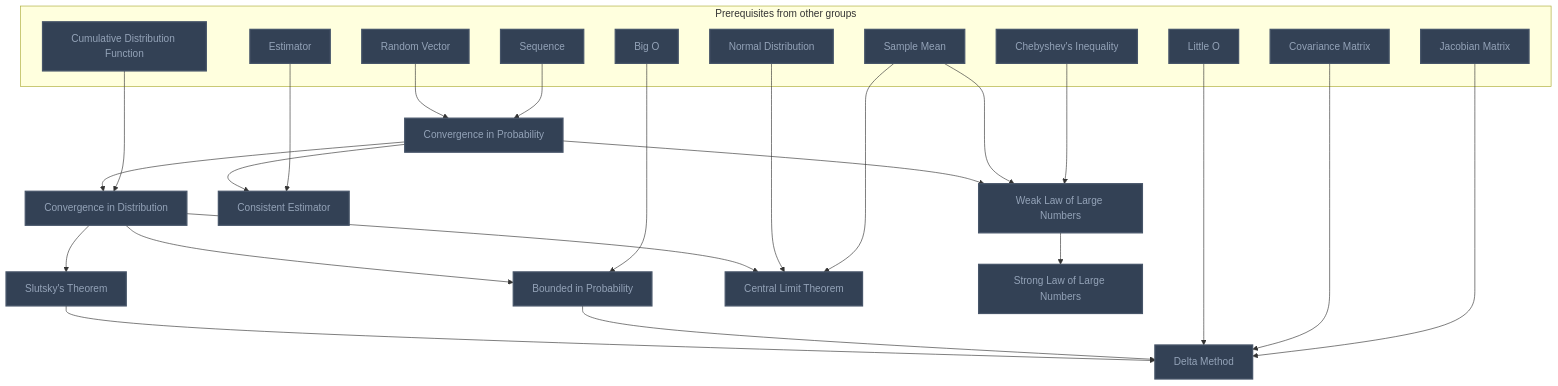
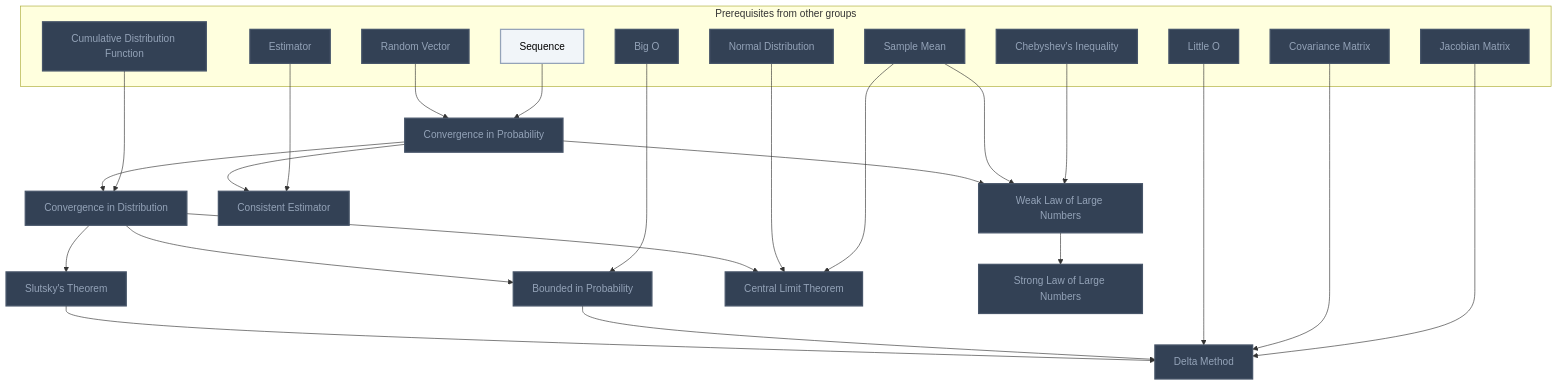
The fifth of 17 diagrams in Gamification/Skill Trees/Mathematical Statistics.md (MRauf1/My-Notes), drawn with Mermaid before and after one commit. The commit also changed other lines of this file and 156 other files, not shown here.

````diff
--- a/Gamification/Skill Trees/Mathematical Statistics.md
+++ b/Gamification/Skill Trees/Mathematical Statistics.md
@@ -687,57 +690,58 @@
 ```mermaid
 flowchart TD
     classDef planned fill:#1E293B,stroke:#64748B,stroke-width:2px,stroke-dasharray:5 5,color:#94A3B8;
     classDef locked fill:#334155,stroke:#475569,stroke-width:2px,color:#94A3B8;
     classDef L0 fill:#F1F5F9,stroke:#94A3B8,stroke-width:2px,color:#000000;
     classDef L1 fill:#22C55E,stroke:#15803D,stroke-width:2px,color:#000000;
     classDef L2 fill:#3B82F6,stroke:#1D4ED8,stroke-width:3px,color:#FFFFFF;
     classDef L3 fill:#A855F7,stroke:#6B21A8,stroke-width:3px,color:#FFFFFF,font-weight:bold;
     classDef L4 fill:#F97316,stroke:#C2410C,stroke-width:4px,color:#000000,font-weight:bold;
     classDef L5 fill:#FFD700,stroke:#FF8C00,stroke-width:5px,color:#000000,font-weight:bold;
     classDef rusty stroke:#8B4513,stroke-width:4px,stroke-dasharray:3 3;
     subgraph sg_prereqs["Prerequisites from other groups"]
         n_sequence["Sequence"]
         n_random_vector["Random Vector"]
         n_chebyshev_s_inequality["Chebyshev's Inequality"]
         n_sample_mean["Sample Mean"]
         n_estimator["Estimator"]
         n_cumulative_distribution_function["Cumulative Distribution Function"]
         n_big_o["Big O"]
         n_jacobian_matrix["Jacobian Matrix"]
         n_covariance_matrix["Covariance Matrix"]
         n_little_o["Little O"]
         n_normal_distribution["Normal Distribution"]
     end
     n_convergence_in_probability["Convergence in Probability"]
     n_weak_law_of_large_numbers["Weak Law of Large Numbers"]
     n_consistent_estimator["Consistent Estimator"]
     n_convergence_in_distribution["Convergence in Distribution"]
     n_bounded_in_probability["Bounded in Probability"]
     n_slutsky_s_theorem["Slutsky's Theorem"]
     n_delta_method["Delta Method"]
     n_central_limit_theorem["Central Limit Theorem"]
     n_strong_law_of_large_numbers["Strong Law of Large Numbers"]
     n_sequence --> n_convergence_in_probability
     n_random_vector --> n_convergence_in_probability
     n_chebyshev_s_inequality --> n_weak_law_of_large_numbers
     n_sample_mean --> n_weak_law_of_large_numbers
     n_convergence_in_probability --> n_weak_law_of_large_numbers
     n_estimator --> n_consistent_estimator
     n_convergence_in_probability --> n_consistent_estimator
     n_cumulative_distribution_function --> n_convergence_in_distribution
     n_convergence_in_probability --> n_convergence_in_distribution
     n_big_o --> n_bounded_in_probability
     n_convergence_in_distribution --> n_bounded_in_probability
     n_convergence_in_distribution --> n_slutsky_s_theorem
     n_jacobian_matrix --> n_delta_method
     n_covariance_matrix --> n_delta_method
     n_little_o --> n_delta_method
     n_bounded_in_probability --> n_delta_method
     n_slutsky_s_theorem --> n_delta_method
     n_sample_mean --> n_central_limit_theorem
     n_normal_distribution --> n_central_limit_theorem
     n_convergence_in_distribution --> n_central_limit_theorem
     n_weak_law_of_large_numbers --> n_strong_law_of_large_numbers
-    class n_sequence,n_random_vector,n_chebyshev_s_inequality,n_sample_mean,n_estimator,n_cumulative_distribution_function,n_big_o,n_jacobian_matrix,n_covariance_matrix,n_little_o,n_normal_distribution,n_convergence_in_probability,n_weak_law_of_large_numbers,n_consistent_estimator,n_convergence_in_distribution,n_bounded_in_probability,n_slutsky_s_theorem,n_delta_method,n_central_limit_theorem,n_strong_law_of_large_numbers locked;
+    class n_random_vector,n_chebyshev_s_inequality,n_sample_mean,n_estimator,n_cumulative_distribution_function,n_big_o,n_jacobian_matrix,n_covariance_matrix,n_little_o,n_normal_distribution,n_convergence_in_probability,n_weak_law_of_large_numbers,n_consistent_estimator,n_convergence_in_distribution,n_bounded_in_probability,n_slutsky_s_theorem,n_delta_method,n_central_limit_theorem,n_strong_law_of_large_numbers locked;
+    class n_sequence L0;
     class n_sequence,n_random_vector,n_chebyshev_s_inequality,n_sample_mean,n_estimator,n_cumulative_distribution_function,n_big_o,n_jacobian_matrix,n_covariance_matrix,n_little_o,n_normal_distribution,n_convergence_in_probability,n_weak_law_of_large_numbers,n_consistent_estimator,n_convergence_in_distribution,n_bounded_in_probability,n_slutsky_s_theorem,n_delta_method,n_central_limit_theorem,n_strong_law_of_large_numbers internal-link;
 ```
````
